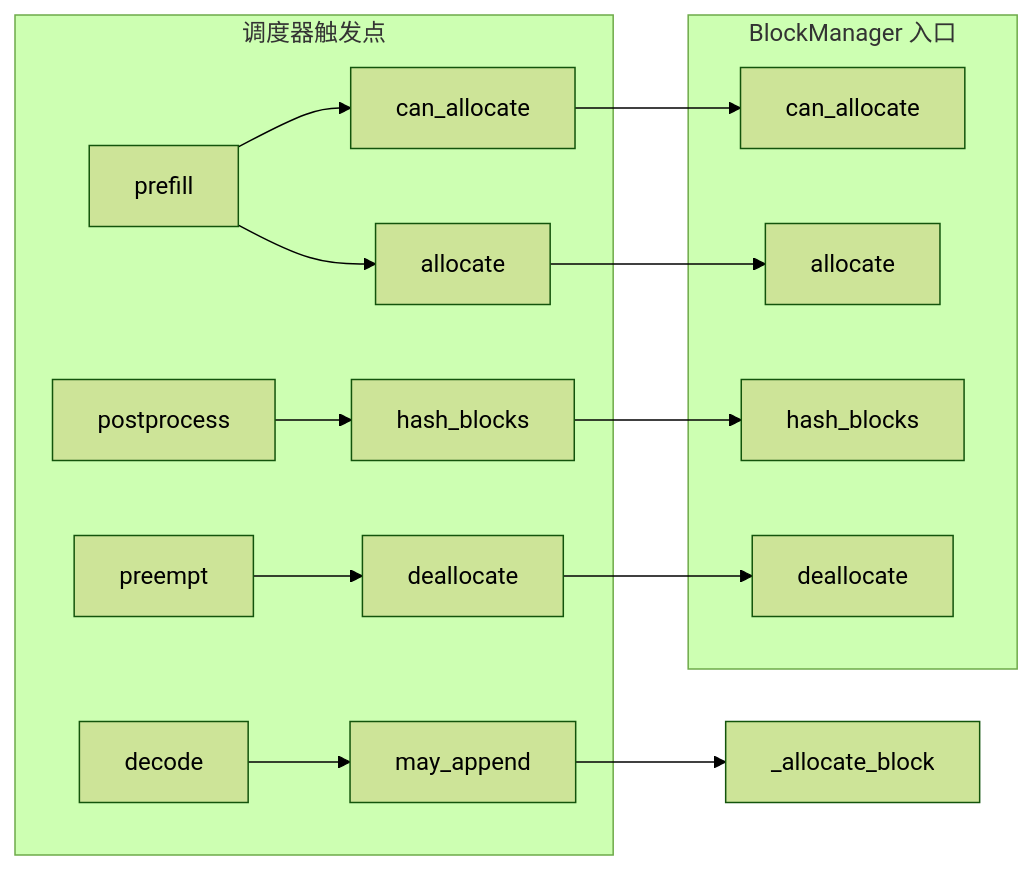
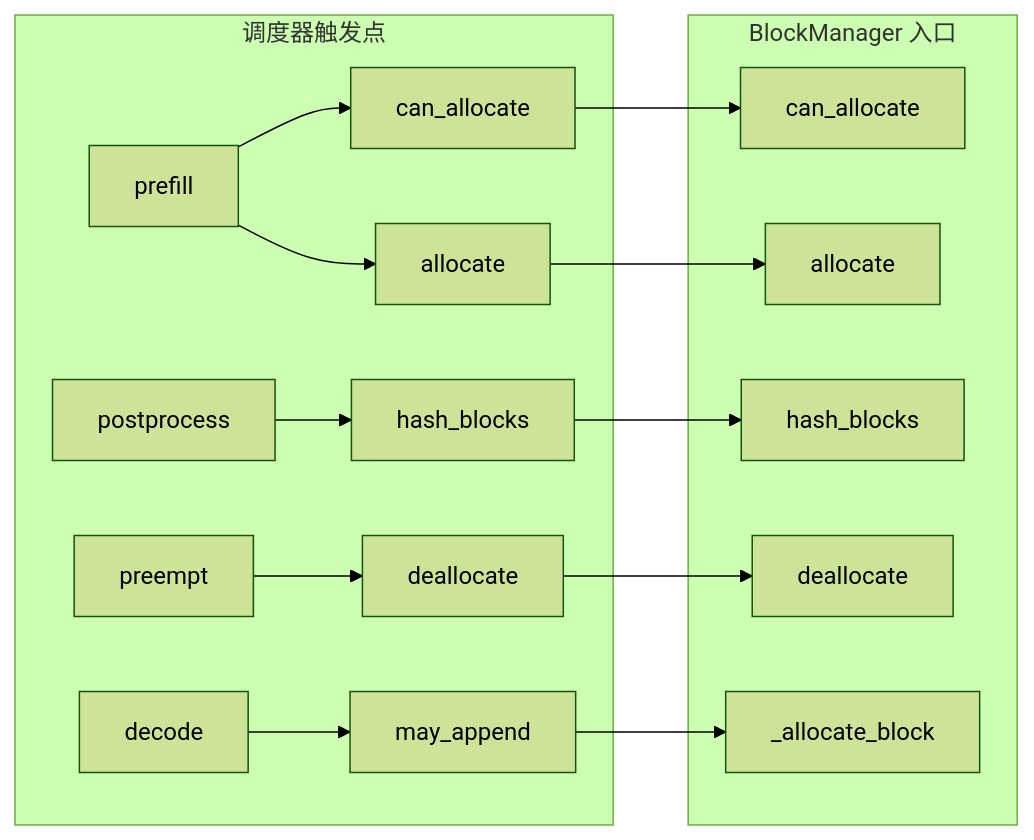
Before and after one commit to ForceInjection/nano-vllm: the fourth of 8 diagrams in docs/llm-inference-visual/slides/slides.04.md, drawn with Mermaid (forest theme). The commit also changed other lines of this file, not shown here.

````diff
--- a/docs/llm-inference-visual/slides/slides.04.md
+++ b/docs/llm-inference-visual/slides/slides.04.md
@@ -689,21 +719,22 @@
 ```mermaid {scale: 0.65}
 flowchart LR
     subgraph SCHED["调度器触发点"]
         S_pf["prefill"] --> S_ca["can_allocate"]
         S_pf --> S_al["allocate"]
         S_de["decode"] --> S_ma["may_append"]
         S_pr["preempt"] --> S_da["deallocate"]
         S_po["postprocess"] --> S_hb["hash_blocks"]
     end
     subgraph BM["BlockManager 入口"]
         BM1["can_allocate"]
         BM2["allocate"]
         BM3["hash_blocks"]
         BM4["deallocate"]
+        BM5["_allocate_block"]
     end
     S_ca --> BM1
     S_al --> BM2
     S_da --> BM4
     S_hb --> BM3
-    S_ma --> BM5["_allocate_block"]
+    S_ma --> BM5
 ```
````
